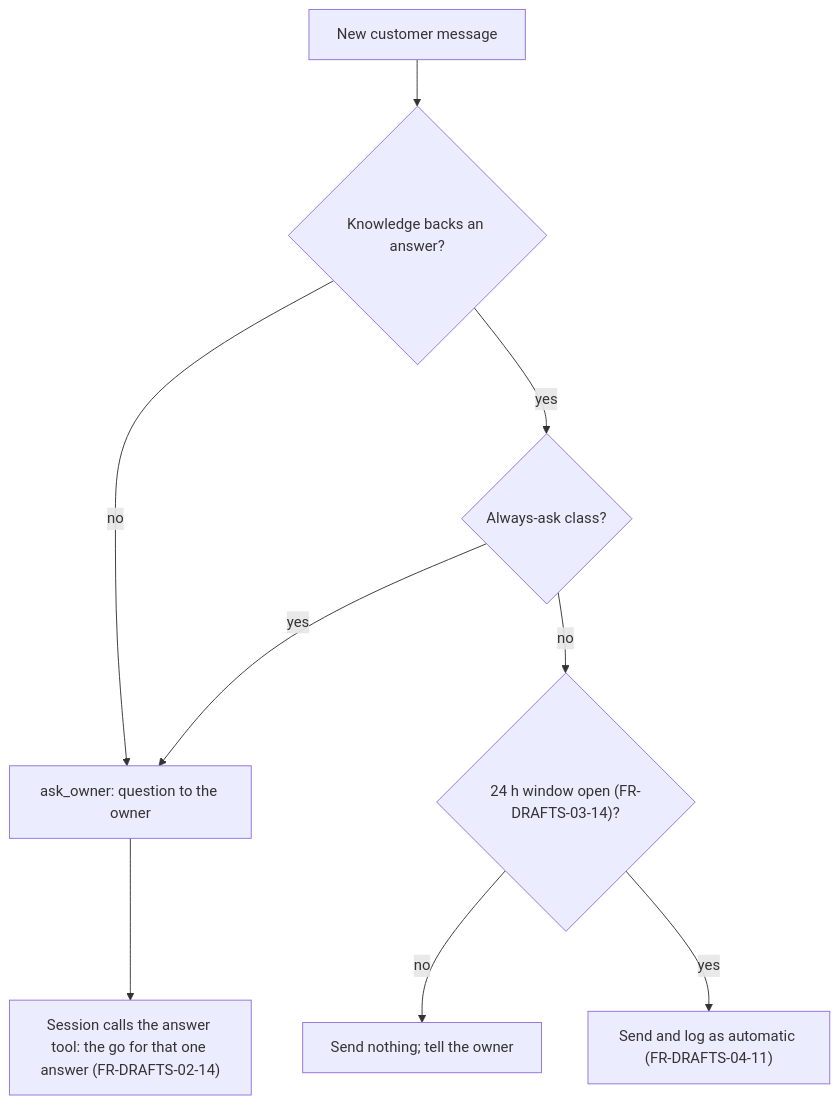
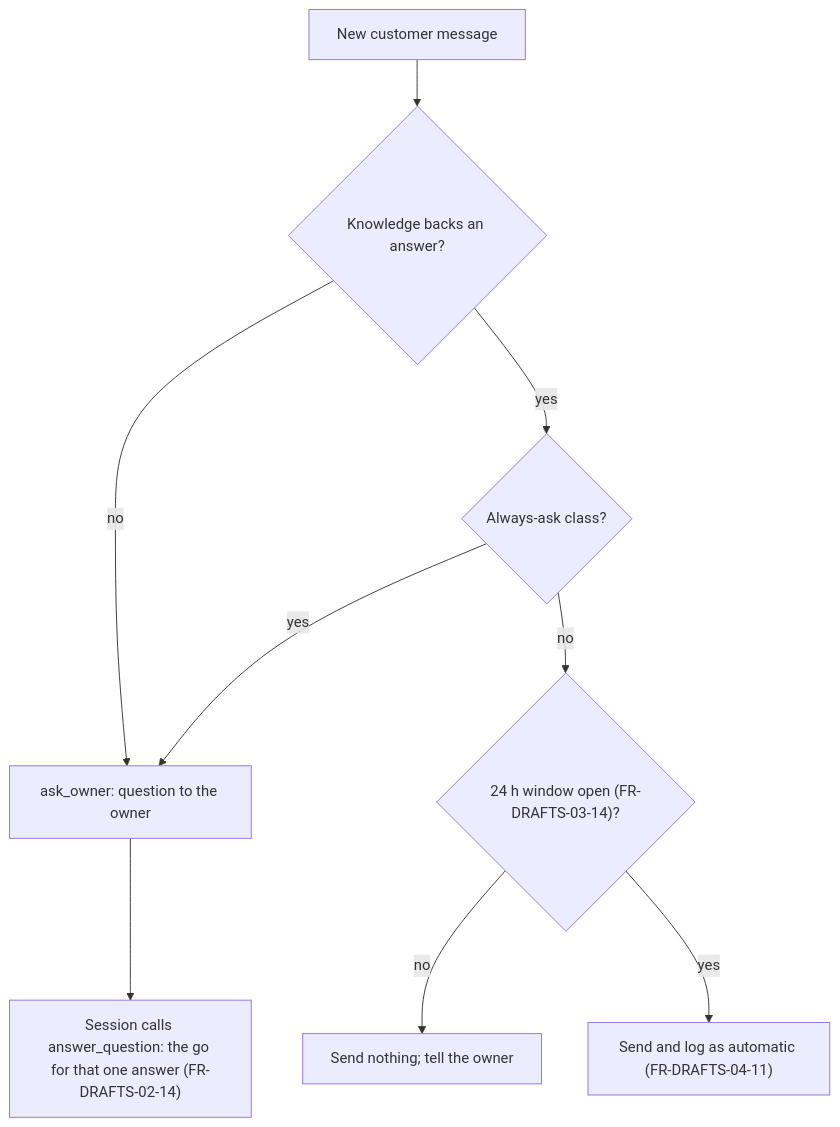
Before and after one commit to antonygiomarxdev/deputy: the diagram in docs/drafts/adr/ADR-013-pilot-automatic-send.md, drawn with Mermaid. The commit also changed other lines of this file and 2 other files, not shown here.

Commit message:
docs: SPEC-07 takes open questions from Intake and names answer_question
Drafts keeps no list of open questions: Intake holds them and publishes
OwnerAnswered only for an open one. The tool is answer_question (PR #203).

````diff
--- a/docs/drafts/adr/ADR-013-pilot-automatic-send.md
+++ b/docs/drafts/adr/ADR-013-pilot-automatic-send.md
@@ -18,11 +18,11 @@
 ```mermaid
 flowchart TD
   A["New customer message"] --> B{"Knowledge backs an answer?"}
   B -- no --> Q["ask_owner: question to the owner"]
-  Q --> R["Session calls the answer tool: the go for that one answer (FR-DRAFTS-02-14)"]
+  Q --> R["Session calls answer_question: the go for that one answer (FR-DRAFTS-02-14)"]
   B -- yes --> C{"Always-ask class?"}
   C -- yes --> Q
   C -- no --> W{"24 h window open (FR-DRAFTS-03-14)?"}
   W -- no --> T["Send nothing; tell the owner"]
   W -- yes --> S["Send and log as automatic (FR-DRAFTS-04-11)"]
 ```
````
